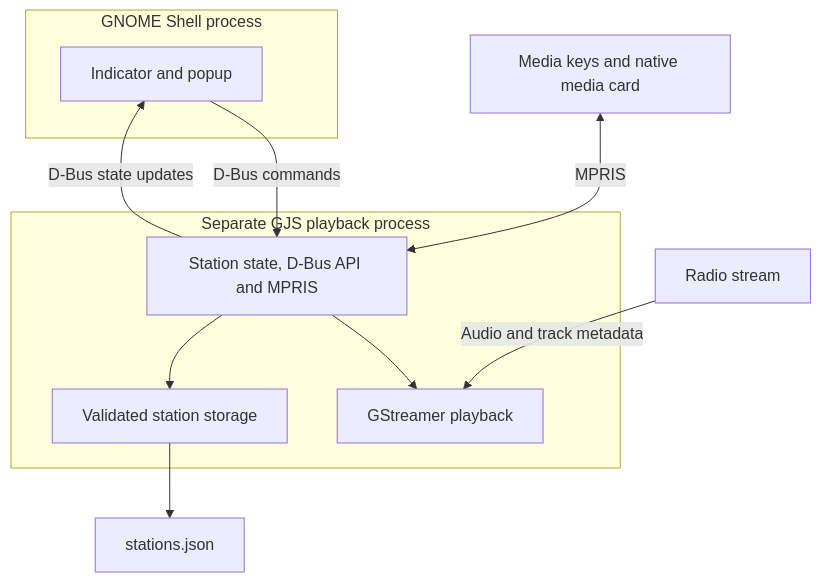
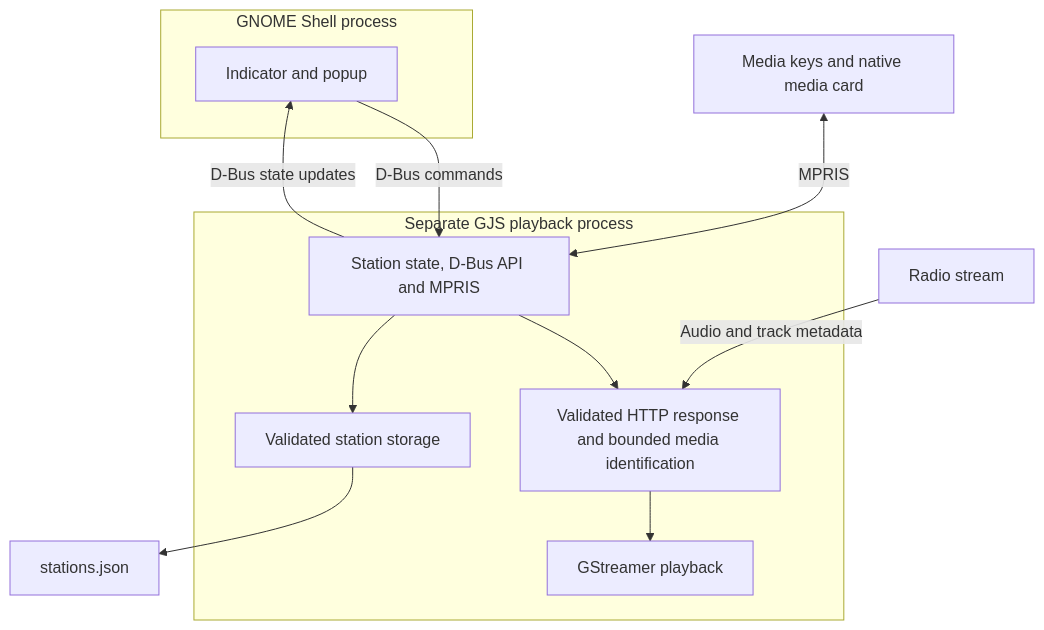
One commit to drdaniloromano/radiolina-ext changed the diagram in docs/DEVELOPMENT.md. Above: the diagram before and after it, drawn with Mermaid. The commit also changed other lines of this file and 21 other files, not shown here.

````diff
--- a/docs/DEVELOPMENT.md
+++ b/docs/DEVELOPMENT.md
@@ -7,18 +7,19 @@
 ```mermaid
 flowchart TB
     subgraph shell["GNOME Shell process"]
         ui["Indicator and popup"]
     end
     subgraph backend["Separate GJS playback process"]
         service["Station state, D-Bus API and MPRIS"]
         player["GStreamer playback"]
+        source["Validated HTTP response and bounded media identification"]
         store["Validated station storage"]
-        service --> player
+        service --> source --> player
         service --> store
     end
     ui -->|D-Bus commands| service
     service -->|D-Bus state updates| ui
     media["Media keys and native media card"] <-->|MPRIS| service
-    stream["Radio stream"] -->|Audio and track metadata| player
+    stream["Radio stream"] -->|Audio and track metadata| source
     store --> config["stations.json"]
 ```
````
